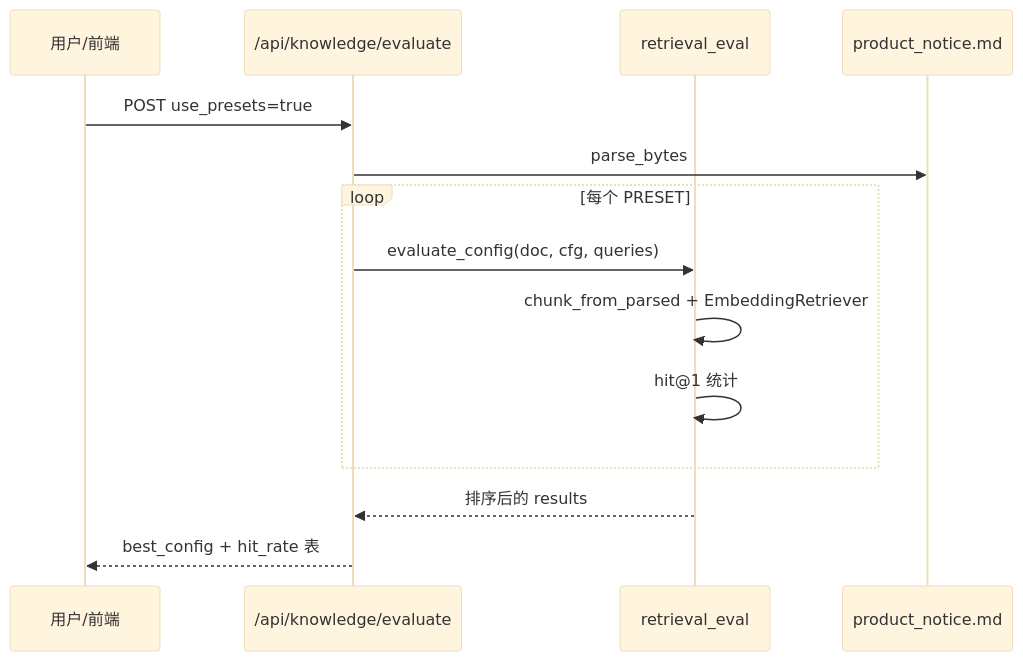
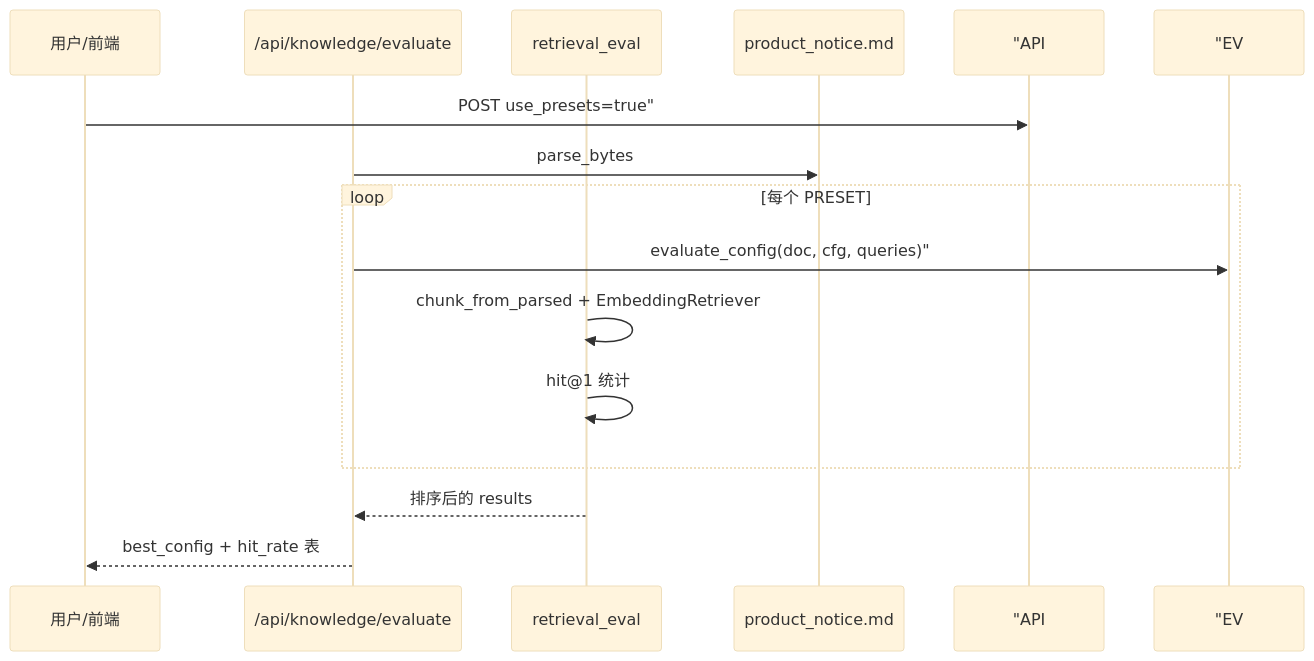
The first of 2 diagrams in course/day27/04_流程图与示意图.md (ab6539763/70_days_course_plus), drawn with Mermaid (base theme) before and after one commit. The commit also changed 128 other files, not shown here.

First line of the commit message:
fix(course): repair day31-37 diagrams, titles, and missing content

````diff
--- a/course/day27/04_流程图与示意图.md
+++ b/course/day27/04_流程图与示意图.md
@@ -5,17 +5,17 @@
 ```mermaid
 sequenceDiagram
     participant U as 用户/前端
     participant API as /api/knowledge/evaluate
     participant EV as retrieval_eval
     participant P as product_notice.md
 
-    U->>API: POST use_presets=true
+    U->> "API: POST use_presets=true"
     API->>P: parse_bytes
     loop 每个 PRESET
-        API->>EV: evaluate_config(doc, cfg, queries)
+        API->> "EV: evaluate_config(doc, cfg, queries)"
         EV->>EV: chunk_from_parsed + EmbeddingRetriever
         EV->>EV: hit@1 统计
     end
     EV-->>API: 排序后的 results
     API-->>U: best_config + hit_rate 表
 ```
````
